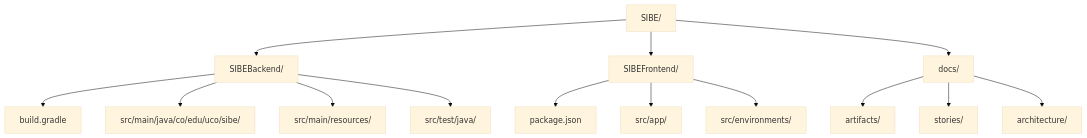
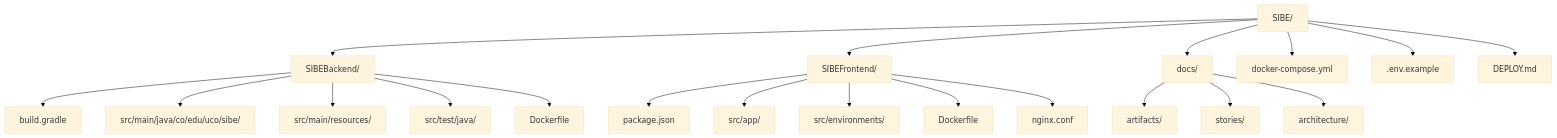
The first of 9 diagrams in docs/artifacts/22.arquetipo_de_solucion.md (sibeuco/DocumentacionSibe), drawn with Mermaid (base theme) before and after one commit. The commit also changed other lines of this file and 17 other files, not shown here.

````diff
--- a/docs/artifacts/22.arquetipo_de_solucion.md
+++ b/docs/artifacts/22.arquetipo_de_solucion.md
@@ -19,19 +19,25 @@
 ```mermaid
 flowchart TD
     ROOT["SIBE/"] --> BE["SIBEBackend/"]
     ROOT --> FE["SIBEFrontend/"]
     ROOT --> DOCS["docs/"]
+    ROOT --> DC["docker-compose.yml"]
+    ROOT --> ENVEX[".env.example"]
+    ROOT --> DEPLOY["DEPLOY.md"]
 
     BE --> BG["build.gradle"]
     BE --> SRC_BE["src/main/java/co/edu/uco/sibe/"]
     BE --> RES["src/main/resources/"]
     BE --> TST["src/test/java/"]
+    BE --> DF_BE["Dockerfile"]
 
     FE --> PKG["package.json"]
     FE --> SRC_FE["src/app/"]
     FE --> ENV["src/environments/"]
+    FE --> DF_FE["Dockerfile"]
+    FE --> NGX["nginx.conf"]
 
     DOCS --> ART["artifacts/"]
     DOCS --> STORIES["stories/"]
     DOCS --> ARCH["architecture/"]
 ```
````
